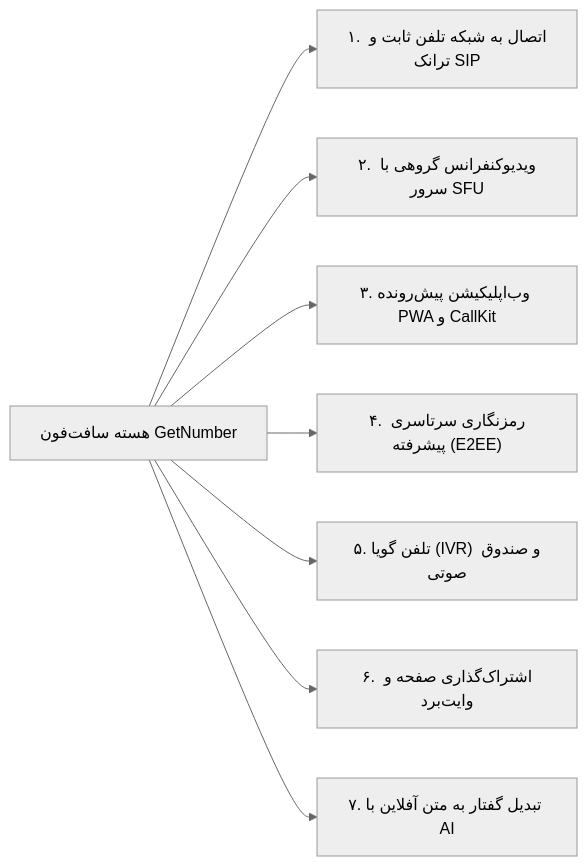
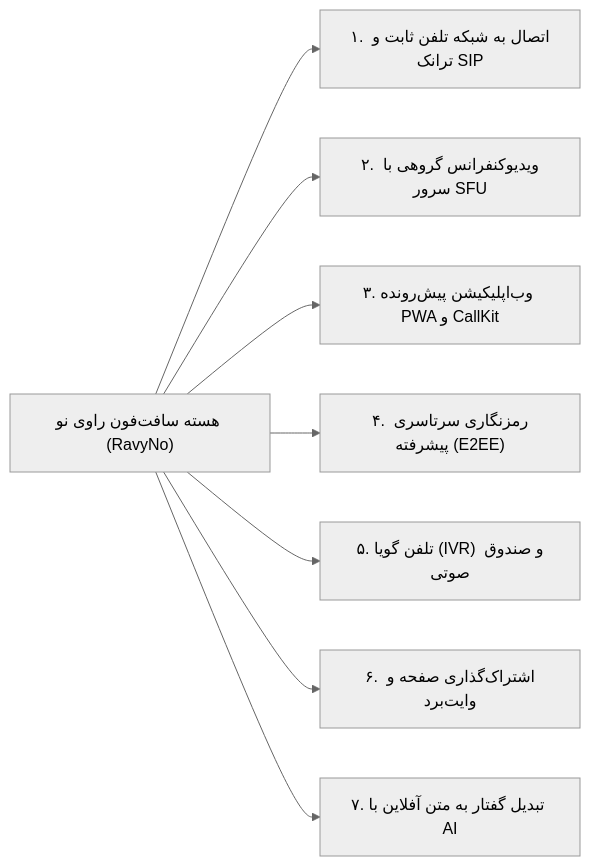
The fourth of 4 diagrams in README.md (shanaqisaeed/GetNumber), drawn with Mermaid (neutral theme) before and after one commit. The commit also changed other lines of this file and 286 other files, not shown here.

````diff
--- a/README.md
+++ b/README.md
@@ -442,10 +442,10 @@
 ```mermaid
 flowchart LR
-    A["هسته سافت‌فون GetNumber"] --> B["۱. اتصال به شبکه تلفن ثابت و ترانک SIP"]
+    A["هسته سافت‌فون راوی نو (RavyNo)"] --> B["۱. اتصال به شبکه تلفن ثابت و ترانک SIP"]
     A --> C["۲. ویدیوکنفرانس گروهی با سرور SFU"]
     A --> D["۳. وب‌اپلیکیشن پیش‌رونده PWA و CallKit"]
     A --> E["۴. رمزنگاری سرتاسری پیشرفته (E2EE)"]
     A --> F["۵. تلفن گویا (IVR) و صندوق صوتی"]
     A --> G["۶. اشتراک‌گذاری صفحه و وایت‌برد"]
     A --> H["۷. تبدیل گفتار به متن آفلاین با AI"]
 ```
````
